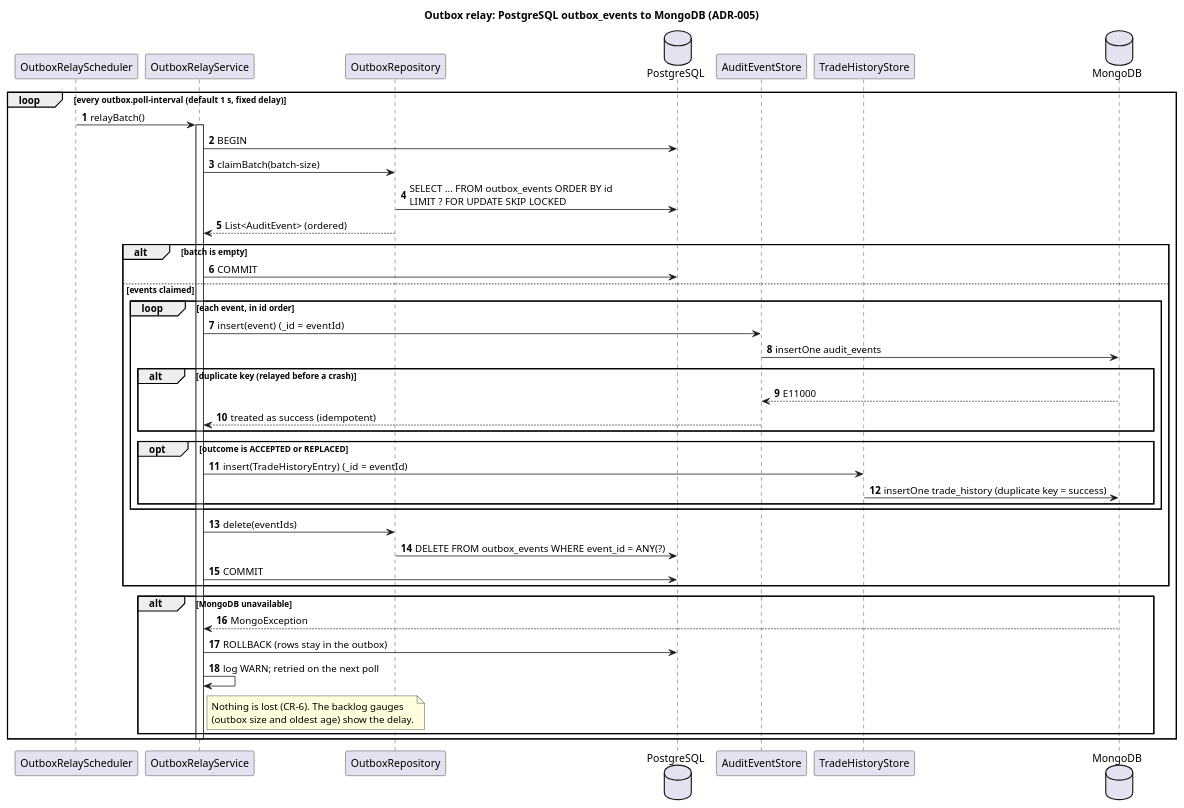
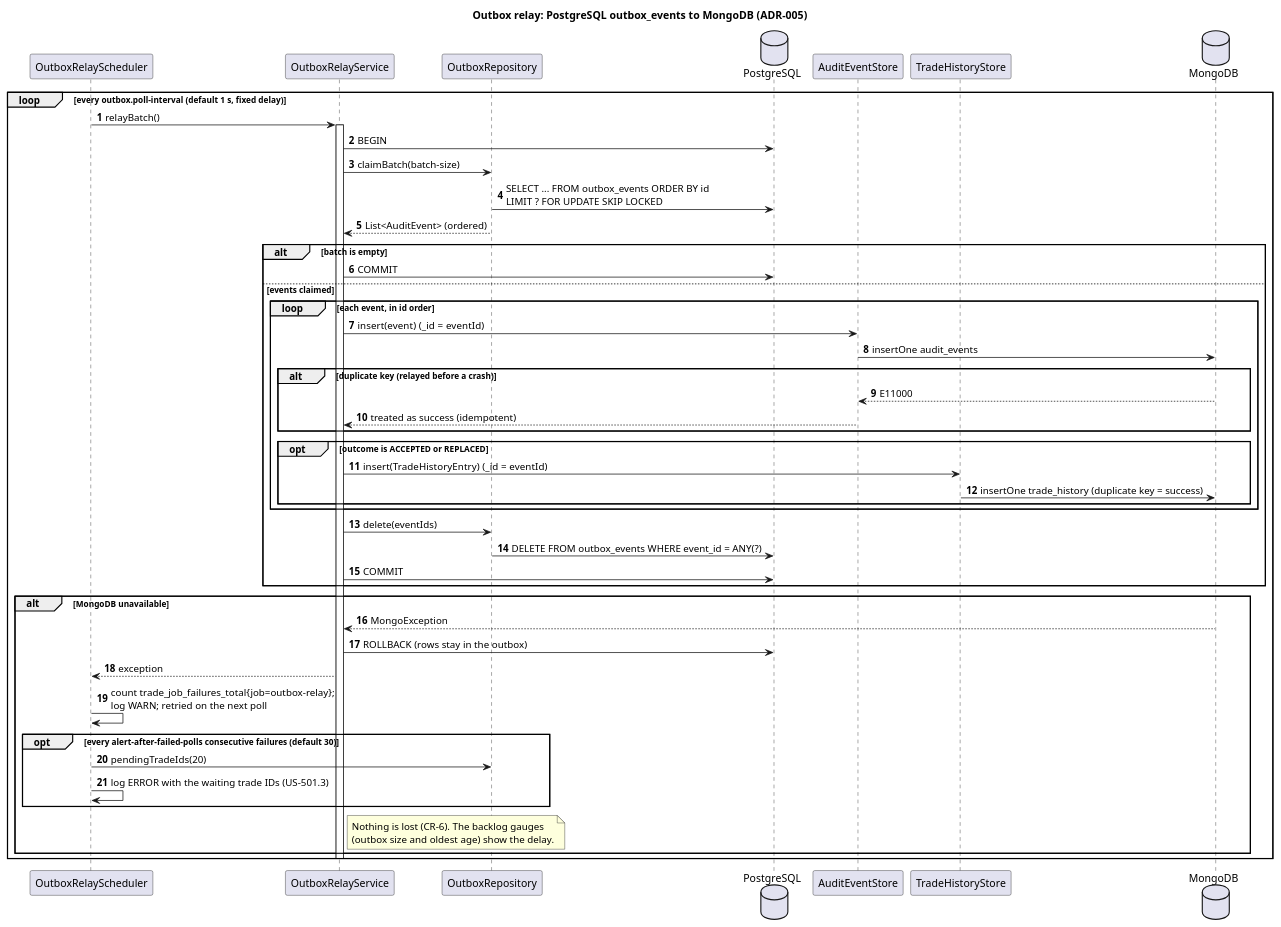
Before and after one commit to kuldipkumar/Trade-store: the diagram in docs/diagrams/05-seq-outbox-relay.puml, drawn with PlantUML. The commit also changed 5 other files, not shown here.

```diff
--- a/docs/diagrams/05-seq-outbox-relay.puml
+++ b/docs/diagrams/05-seq-outbox-relay.puml
@@ -1,53 +1,58 @@
 @startuml 05-seq-outbox-relay
 title Outbox relay: PostgreSQL outbox_events to MongoDB (ADR-005)
 
 autonumber
 participant OutboxRelayScheduler
 participant OutboxRelayService
 participant OutboxRepository
 database PostgreSQL
 participant AuditEventStore
 participant TradeHistoryStore
 database MongoDB
 
 loop every outbox.poll-interval (default 1 s, fixed delay)
   OutboxRelayScheduler -> OutboxRelayService : relayBatch()
   activate OutboxRelayService
   OutboxRelayService -> PostgreSQL : BEGIN
   OutboxRelayService -> OutboxRepository : claimBatch(batch-size)
   OutboxRepository -> PostgreSQL : SELECT ... FROM outbox_events ORDER BY id\nLIMIT ? FOR UPDATE SKIP LOCKED
   OutboxRepository --> OutboxRelayService : List<AuditEvent> (ordered)
 
   alt batch is empty
     OutboxRelayService -> PostgreSQL : COMMIT
   else events claimed
     loop each event, in id order
       OutboxRelayService -> AuditEventStore : insert(event)  (_id = eventId)
       AuditEventStore -> MongoDB : insertOne audit_events
       alt duplicate key (relayed before a crash)
         MongoDB --> AuditEventStore : E11000
         AuditEventStore --> OutboxRelayService : treated as success (idempotent)
       end
       opt outcome is ACCEPTED or REPLACED
         OutboxRelayService -> TradeHistoryStore : insert(TradeHistoryEntry)  (_id = eventId)
         TradeHistoryStore -> MongoDB : insertOne trade_history (duplicate key = success)
       end
     end
     OutboxRelayService -> OutboxRepository : delete(eventIds)
     OutboxRepository -> PostgreSQL : DELETE FROM outbox_events WHERE event_id = ANY(?)
     OutboxRelayService -> PostgreSQL : COMMIT
   end
 
   alt MongoDB unavailable
     MongoDB --> OutboxRelayService : MongoException
     OutboxRelayService -> PostgreSQL : ROLLBACK (rows stay in the outbox)
-    OutboxRelayService -> OutboxRelayService : log WARN; retried on the next poll
+    OutboxRelayService --> OutboxRelayScheduler : exception
+    OutboxRelayScheduler -> OutboxRelayScheduler : count trade_job_failures_total{job=outbox-relay};\nlog WARN; retried on the next poll
+    opt every alert-after-failed-polls consecutive failures (default 30)
+      OutboxRelayScheduler -> OutboxRepository : pendingTradeIds(20)
+      OutboxRelayScheduler -> OutboxRelayScheduler : log ERROR with the waiting trade IDs (US-501.3)
+    end
     note right of OutboxRelayService
       Nothing is lost (CR-6). The backlog gauges
       (outbox size and oldest age) show the delay.
     end note
   end
   deactivate OutboxRelayService
 end
 
 @enduml
```
